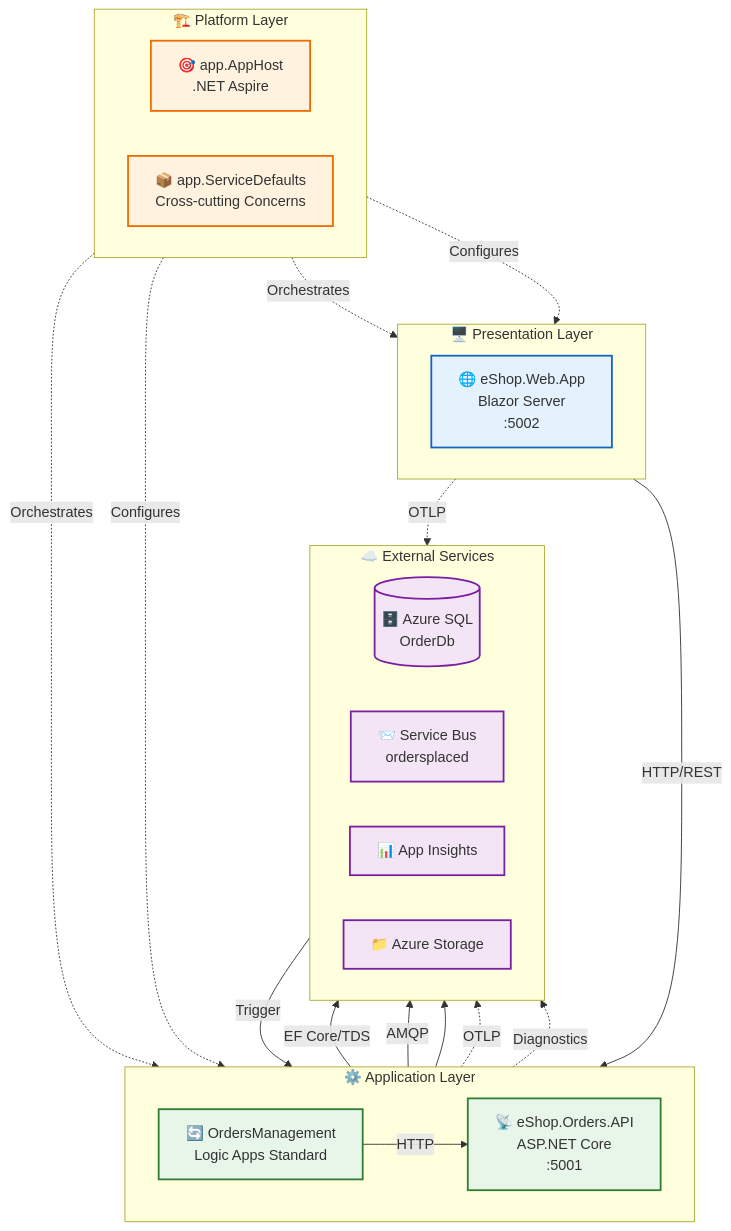
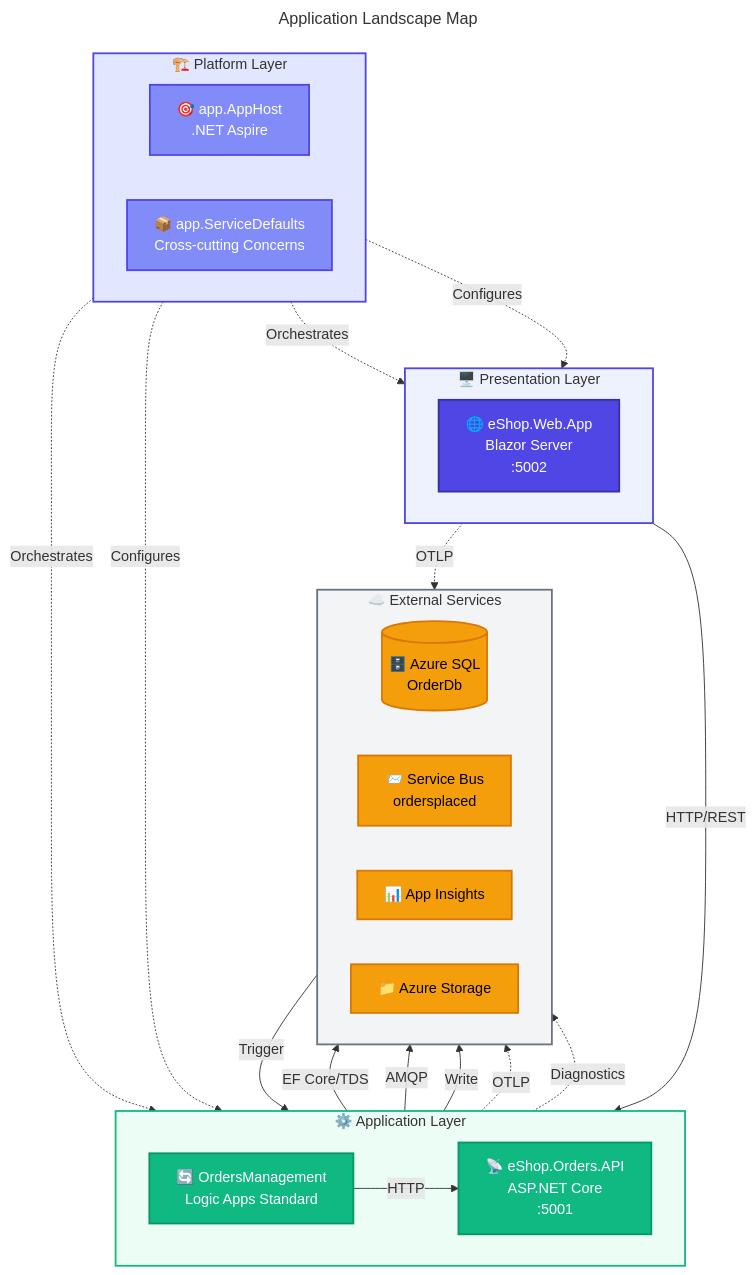
The first of 5 diagrams in docs/architecture/03-application-architecture.md (Evilazaro/Azure-LogicApps-Monitoring), drawn with Mermaid before and after one commit. The commit also changed other lines of this file, not shown here.

Commit message:
refactor: Enhance application architecture documentation with improved landscape maps, component diagrams, and communication patterns

````diff
--- a/docs/architecture/03-application-architecture.md
+++ b/docs/architecture/03-application-architecture.md
@@ -84,58 +84,74 @@
 ```mermaid
+---
+title: Application Landscape Map
+---
 flowchart TB
+    %% ===== PRESENTATION LAYER =====
     subgraph Presentation["🖥️ Presentation Layer"]
         direction LR
         WebApp["🌐 eShop.Web.App<br/>Blazor Server<br/>:5002"]
     end
 
+    %% ===== APPLICATION LAYER =====
     subgraph Application["⚙️ Application Layer"]
         direction LR
         API["📡 eShop.Orders.API<br/>ASP.NET Core<br/>:5001"]
         Workflow["🔄 OrdersManagement<br/>Logic Apps Standard"]
     end
 
+    %% ===== PLATFORM LAYER =====
     subgraph Platform["🏗️ Platform Layer"]
         direction LR
         Orchestrator["🎯 app.AppHost<br/>.NET Aspire"]
         SharedLib["📦 app.ServiceDefaults<br/>Cross-cutting Concerns"]
     end
 
+    %% ===== EXTERNAL SERVICES =====
     subgraph External["☁️ External Services"]
         direction LR
         DB[("🗄️ Azure SQL<br/>OrderDb")]
         Queue["📨 Service Bus<br/>ordersplaced"]
         Monitor["📊 App Insights"]
         Storage["📁 Azure Storage"]
     end
 
-    %% Synchronous flows
+    %% ===== SYNCHRONOUS FLOWS =====
     WebApp -->|"HTTP/REST"| API
     API -->|"EF Core/TDS"| DB
     API -->|"AMQP"| Queue
     Workflow -->|"HTTP"| API
 
-    %% Async/Event flows
+    %% ===== ASYNC/EVENT FLOWS =====
     Queue -->|"Trigger"| Workflow
-    Workflow --> Storage
+    Workflow -->|"Write"| Storage
 
-    %% Platform relationships
+    %% ===== PLATFORM RELATIONSHIPS =====
     Orchestrator -.->|"Orchestrates"| WebApp
     Orchestrator -.->|"Orchestrates"| API
     SharedLib -.->|"Configures"| WebApp
     SharedLib -.->|"Configures"| API
 
-    %% Telemetry flows
+    %% ===== TELEMETRY FLOWS =====
     WebApp -.->|"OTLP"| Monitor
     API -.->|"OTLP"| Monitor
     Workflow -.->|"Diagnostics"| Monitor
 
-    classDef presentation fill:#e3f2fd,stroke:#1565c0,stroke-width:2px
-    classDef application fill:#e8f5e9,stroke:#2e7d32,stroke-width:2px
-    classDef platform fill:#fff3e0,stroke:#ef6c00,stroke-width:2px
-    classDef external fill:#f3e5f5,stroke:#7b1fa2,stroke-width:2px
+    %% ===== CLASS DEFINITIONS =====
+    classDef primary fill:#4F46E5,stroke:#3730A3,color:#FFFFFF,stroke-width:2px
+    classDef secondary fill:#10B981,stroke:#059669,color:#FFFFFF,stroke-width:2px
+    classDef trigger fill:#818CF8,stroke:#4F46E5,color:#FFFFFF,stroke-width:2px
+    classDef external fill:#6B7280,stroke:#4B5563,color:#FFFFFF,stroke-width:2px,stroke-dasharray:5 5
+    classDef datastore fill:#F59E0B,stroke:#D97706,color:#000000,stroke-width:2px
 
-    class WebApp presentation
-    class API,Workflow application
-    class Orchestrator,SharedLib platform
-    class DB,Queue,Monitor,Storage external
+    %% ===== CLASS ASSIGNMENTS =====
+    class WebApp primary
+    class API,Workflow secondary
+    class Orchestrator,SharedLib trigger
+    class DB,Queue,Monitor,Storage datastore
+
+    %% ===== SUBGRAPH STYLES =====
+    style Presentation fill:#EEF2FF,stroke:#4F46E5,stroke-width:2px
+    style Application fill:#ECFDF5,stroke:#10B981,stroke-width:2px
+    style Platform fill:#E0E7FF,stroke:#4F46E5,stroke-width:2px
+    style External fill:#F3F4F6,stroke:#6B7280,stroke-width:2px
 ```
````
